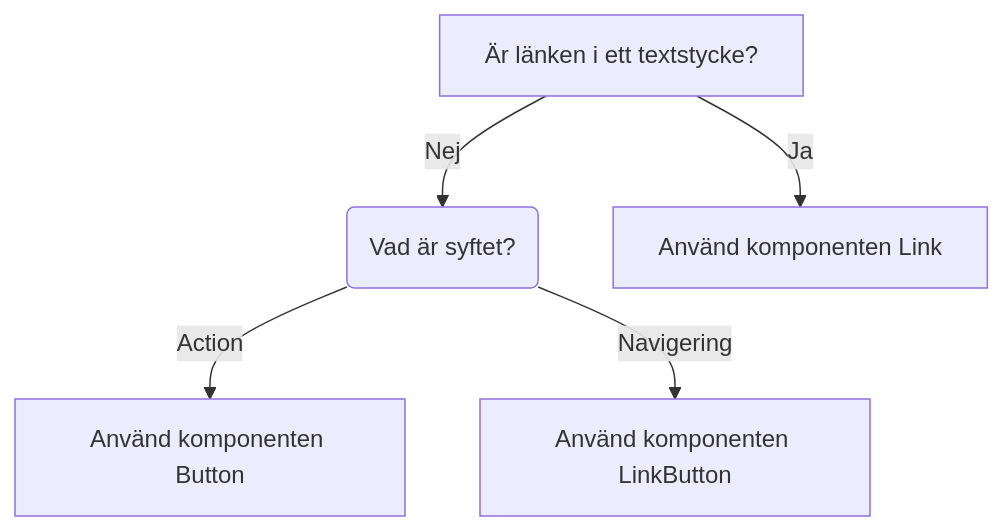
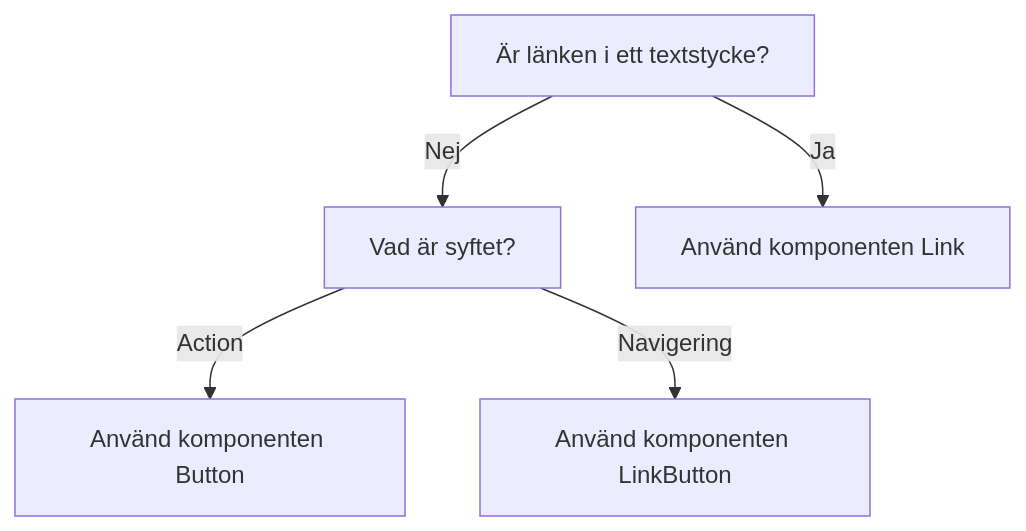
One commit to migrationsverket/midas changed the diagram in apps/docs/docs/components/button.mdx. Above: the diagram before and after it, drawn with Mermaid. The commit also changed other lines of this file and 2 other files, not shown here.

Commit message:
docs: fix styling in flowchart button (add primary)

````diff
--- a/apps/docs/docs/components/button.mdx
+++ b/apps/docs/docs/components/button.mdx
@@ -48,7 +50,10 @@
 ```mermaid
+
 flowchart TD;
-    A[Är länken i ett textstycke?] -->|Nej| B(Vad är syftet?)
-    A -->|Ja| C[Använd komponenten Link]
-    B -->|Action| D[Använd komponenten Button]
+   
+    A[Är länken i ett textstycke?]:::primary-->|Nej| B[Vad är syftet?]:::primary
+    A-->|Ja| C[Använd komponenten Link]
+    B-->|Action| D[Använd komponenten Button]:::primary
     B -->|Navigering| E[Använd komponenten LinkButton]
+     
 ```
````
